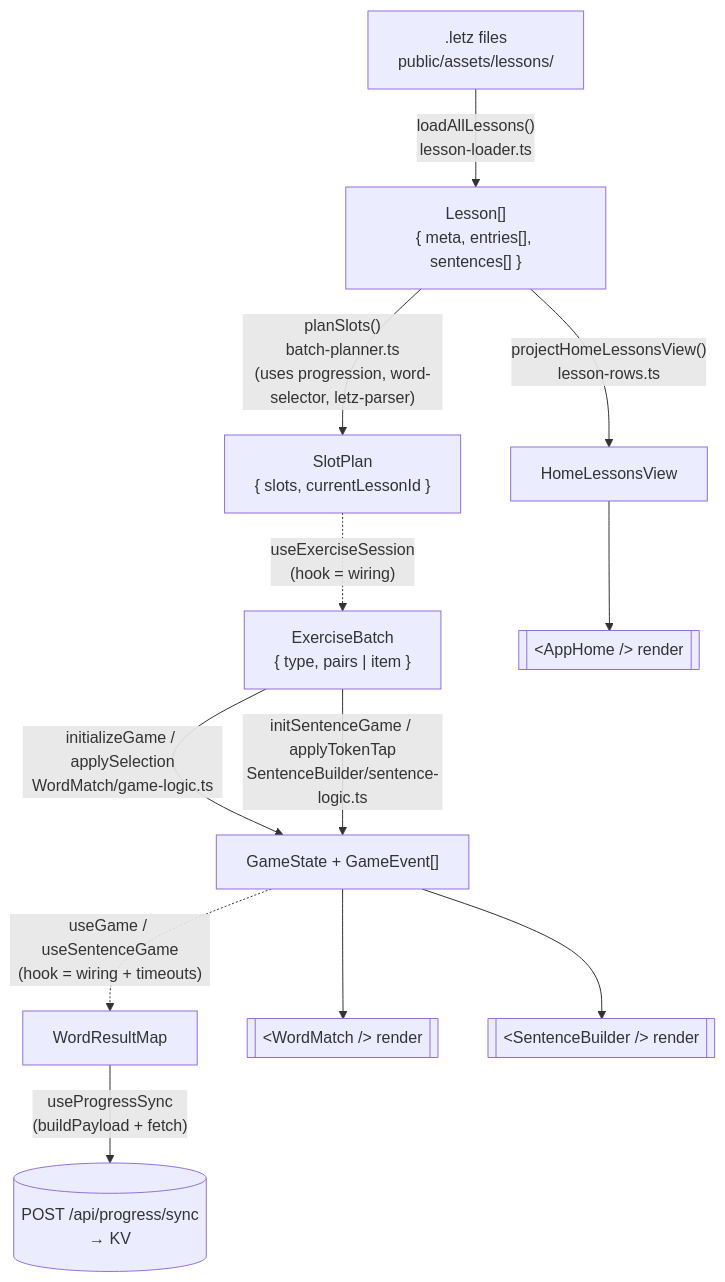
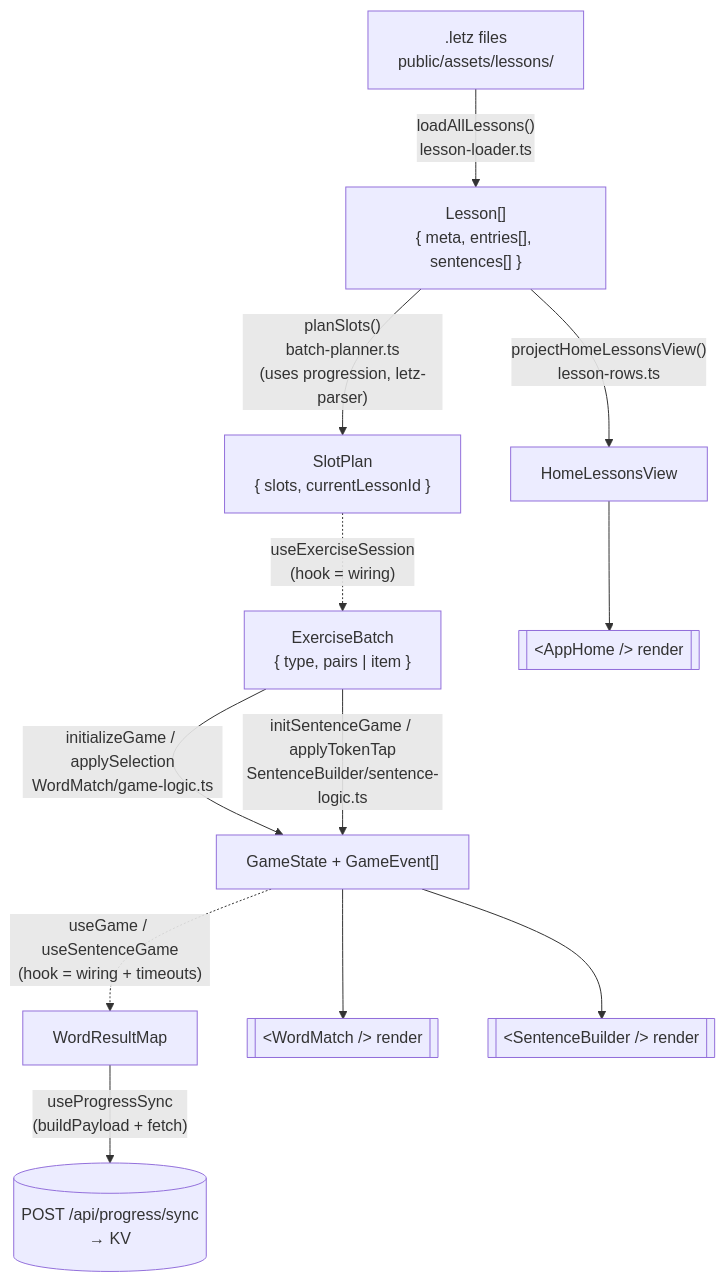
The first of 3 diagrams in CLAUDE.md (ashenwolf/roude-leiw-web), drawn with Mermaid before and after one commit. The commit also changed other lines of this file and 3 other files, not shown here.

First line of the commit message:
Remove unused word-selector module and update test count

````diff
--- a/CLAUDE.md
+++ b/CLAUDE.md
@@ -302,27 +302,27 @@
 ```mermaid
 flowchart TD
   files[".letz files<br/>public/assets/lessons/"]
   lessons["Lesson[]<br/>{ meta, entries[], sentences[] }"]
   homeView["HomeLessonsView"]
   slotPlan["SlotPlan<br/>{ slots, currentLessonId }"]
   batch["ExerciseBatch<br/>{ type, pairs | item }"]
   gameState["GameState + GameEvent[]"]
   results["WordResultMap"]
 
   appHome[["&lt;AppHome /&gt; render"]]
   wordMatch[["&lt;WordMatch /&gt; render"]]
   sentenceBuilder[["&lt;SentenceBuilder /&gt; render"]]
   api[(POST /api/progress/sync<br/>→ KV)]
 
   files -->|"loadAllLessons()<br/>lesson-loader.ts"| lessons
   lessons -->|"projectHomeLessonsView()<br/>lesson-rows.ts"| homeView
   homeView --> appHome
-  lessons -->|"planSlots()<br/>batch-planner.ts<br/>(uses progression, word-selector, letz-parser)"| slotPlan
+  lessons -->|"planSlots()<br/>batch-planner.ts<br/>(uses progression, letz-parser)"| slotPlan
   slotPlan -.->|"useExerciseSession<br/>(hook = wiring)"| batch
   batch -->|"initializeGame / applySelection<br/>WordMatch/game-logic.ts"| gameState
   batch -->|"initSentenceGame / applyTokenTap<br/>SentenceBuilder/sentence-logic.ts"| gameState
   gameState -.->|"useGame / useSentenceGame<br/>(hook = wiring + timeouts)"| results
   gameState --> wordMatch
   gameState --> sentenceBuilder
   results -->|"useProgressSync<br/>(buildPayload + fetch)"| api
 ```
````
